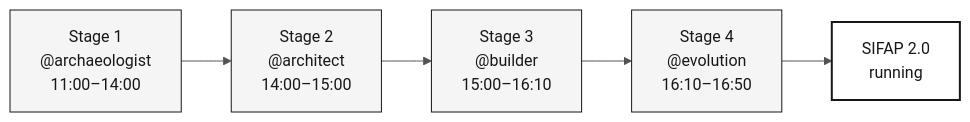
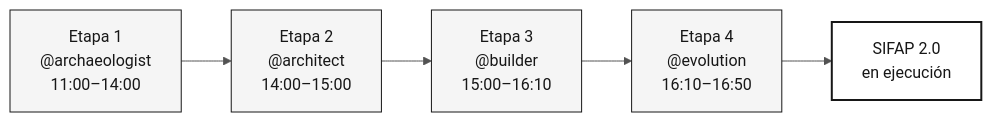
Before and after one commit to paulasilvatech/datacorp-sifap-team-kit-pt-br: the diagram in 06-stage-agents/README.md, drawn with Mermaid. The commit also changed other lines of this file and 386 other files, not shown here.

````diff
--- a/06-stage-agents/README.md
+++ b/06-stage-agents/README.md
@@ -45,11 +45,11 @@
 ```mermaid
 %%{init: {'theme':'neutral','themeVariables':{'fontFamily':'ui-sans-serif, system-ui, sans-serif','primaryColor':'#F5F5F5','primaryTextColor':'#171717','primaryBorderColor':'#171717','lineColor':'#525252','secondaryColor':'#FFFFFF','tertiaryColor':'#FAFAFA','background':'#FFFFFF'}}}%%
 flowchart LR
     classDef step fill:#F5F5F5,stroke:#171717,color:#171717
     classDef result fill:#FFFFFF,stroke:#171717,color:#171717,stroke-width:2px
 
-    A["Stage 1<br/>@archaeologist<br/>11:00–14:00"]:::step --> B["Stage 2<br/>@architect<br/>14:00–15:00"]:::step
-    B --> C["Stage 3<br/>@builder<br/>15:00–16:10"]:::step
-    C --> D["Stage 4<br/>@evolution<br/>16:10–16:50"]:::step
-    D --> E["SIFAP 2.0<br/>running"]:::result
+    A["Etapa 1<br/>@archaeologist<br/>11:00–14:00"]:::step --> B["Etapa 2<br/>@architect<br/>14:00–15:00"]:::step
+    B --> C["Etapa 3<br/>@builder<br/>15:00–16:10"]:::step
+    C --> D["Etapa 4<br/>@evolution<br/>16:10–16:50"]:::step
+    D --> E["SIFAP 2.0<br/>en ejecución"]:::result
 ```
````
